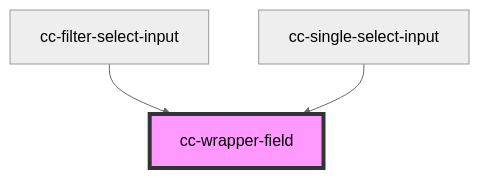
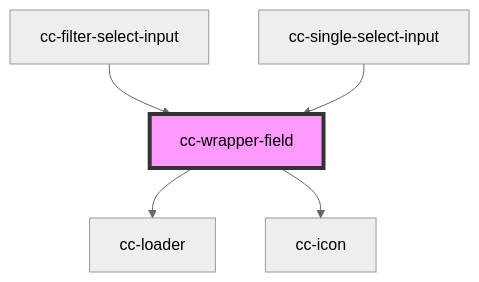
Before and after one commit to lacafetalab/cafeta-components: the diagram in packages/core/src/components/cc-wrapper-field/readme.md, drawn with Mermaid (neutral theme). The commit also changed other lines of this file and 12 other files, not shown here.

````diff
--- a/packages/core/src/components/cc-wrapper-field/readme.md
+++ b/packages/core/src/components/cc-wrapper-field/readme.md
@@ -33,6 +40,8 @@
 ```mermaid
 graph TD;
+  cc-wrapper-field --> cc-loader
+  cc-wrapper-field --> cc-icon
   cc-filter-select-input --> cc-wrapper-field
   cc-single-select-input --> cc-wrapper-field
   style cc-wrapper-field fill:#f9f,stroke:#333,stroke-width:4px
 ```
````
